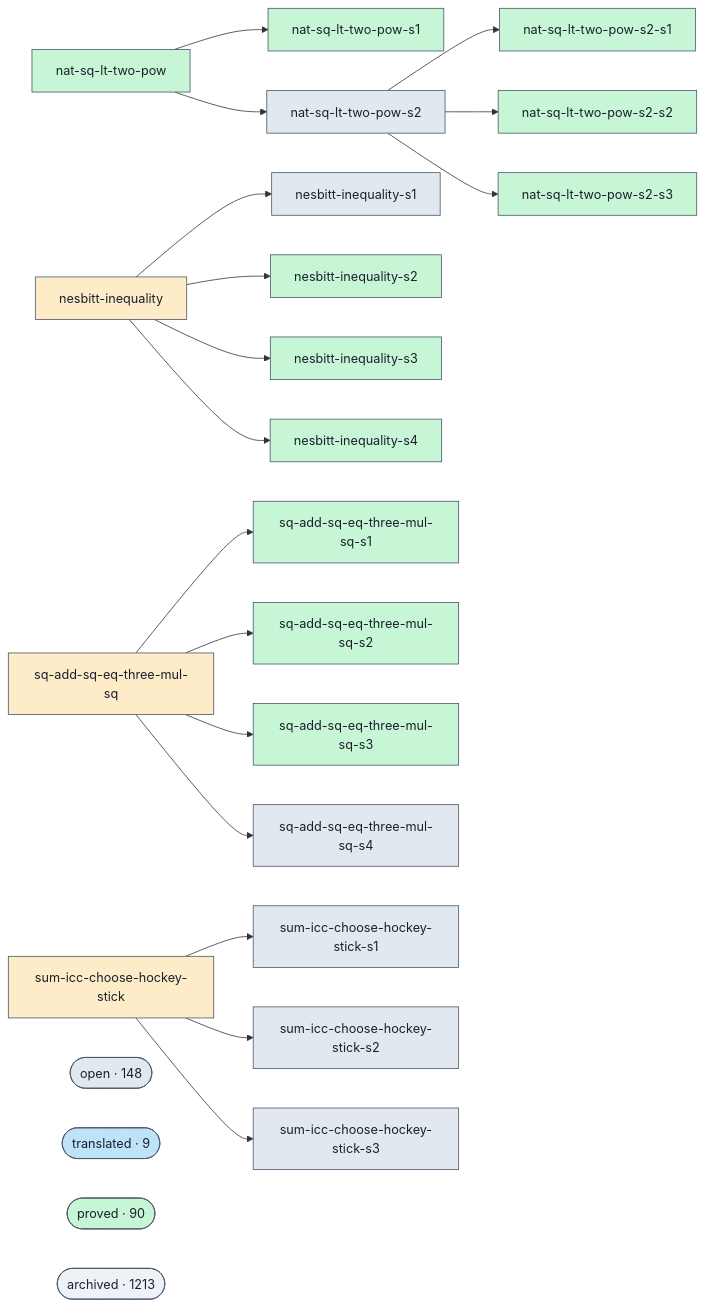
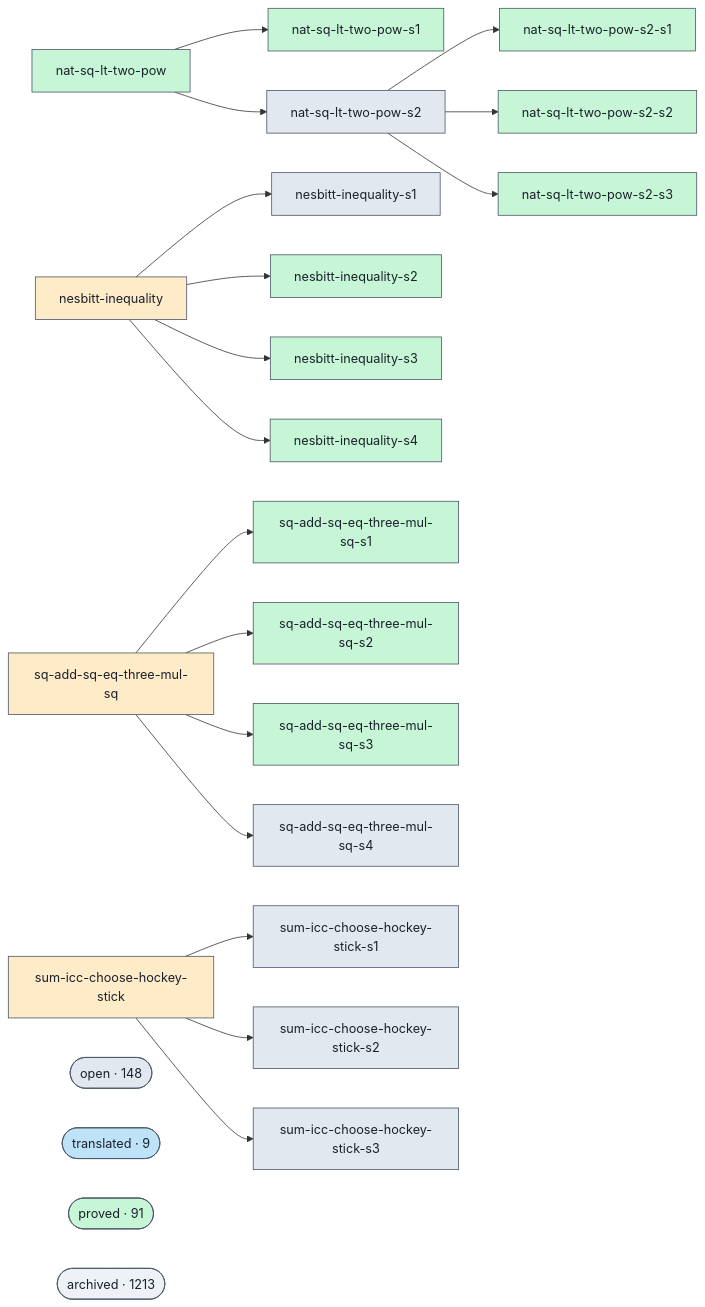
Before and after one commit to ohdearquant/unsorry: the diagram in docs/proofs-contributors-visualisation.md, drawn with Mermaid. The commit also changed other lines of this file and 2 other files, not shown here.

```diff
--- a/docs/proofs-contributors-visualisation.md
+++ b/docs/proofs-contributors-visualisation.md
@@ -102,7 +102,7 @@
   class cluster_open open;
   cluster_translated(["translated · 9"])
   class cluster_translated translated;
-  cluster_proved(["proved · 90"])
+  cluster_proved(["proved · 91"])
   class cluster_proved proved;
   cluster_archived(["archived · 1213"])
   class cluster_archived unknown;
```
